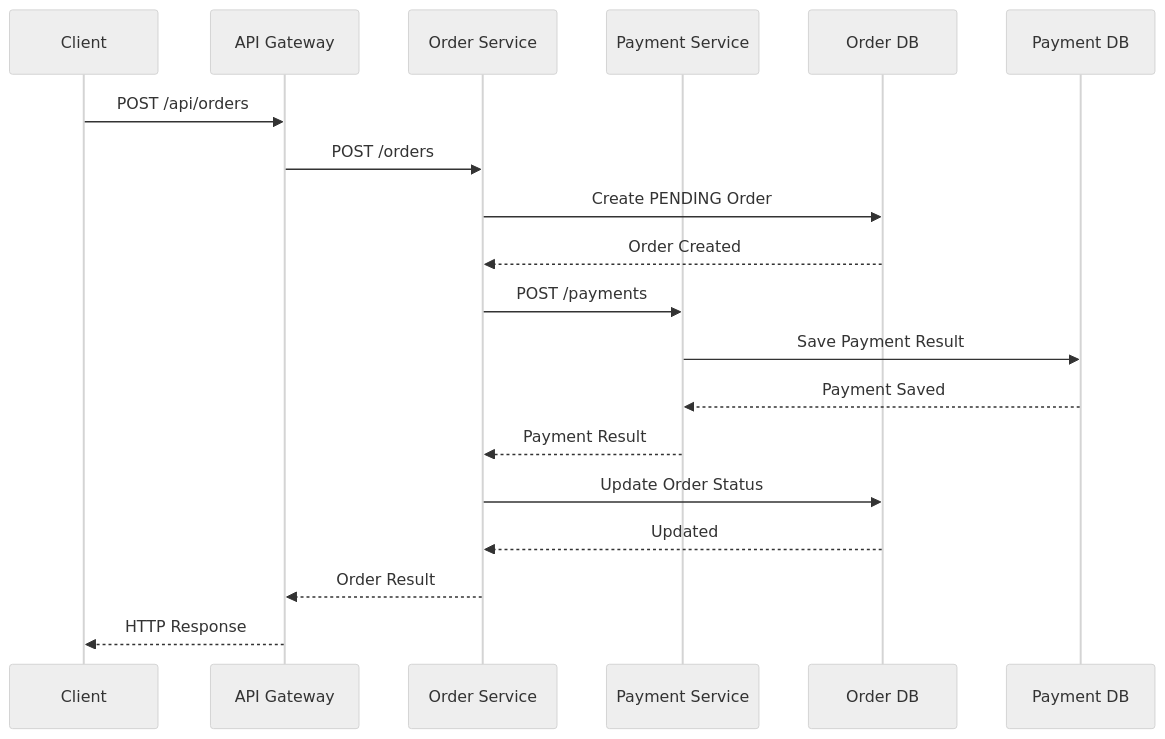
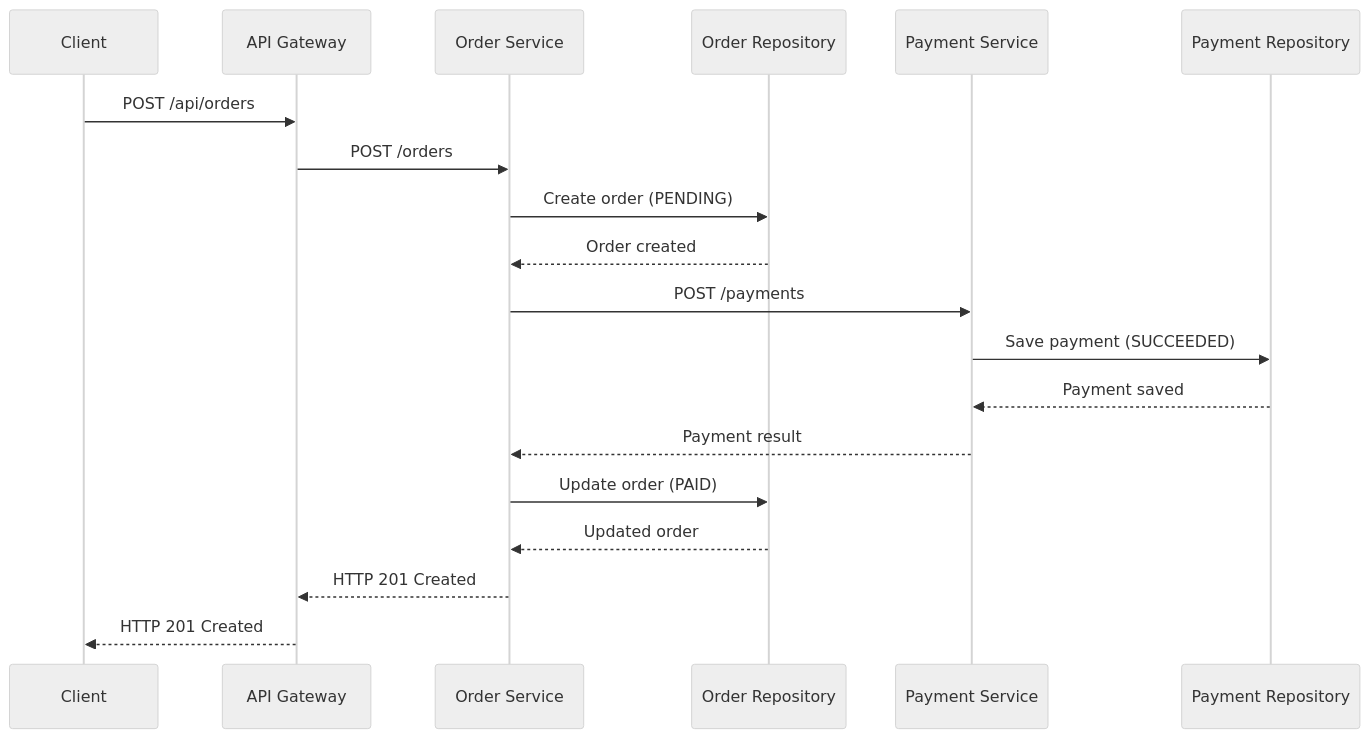
Before and after one commit to aliaagamall/pulsetrace: the first of 3 diagrams in docs/architecture/request-flow.md, drawn with Mermaid (neutral theme). The commit also changed other lines of this file and 4 other files, not shown here.

Commit message:
docs(architecture): update system architecture documentation

````diff
--- a/docs/architecture/request-flow.md
+++ b/docs/architecture/request-flow.md
@@ -11,22 +17,25 @@
 ```mermaid
 sequenceDiagram
     participant C as Client
     participant G as API Gateway
     participant O as Order Service
+    participant OR as Order Repository
     participant P as Payment Service
-    participant OD as Order DB
-    participant PD as Payment DB
+    participant PR as Payment Repository
 
     C->>G: POST /api/orders
     G->>O: POST /orders
-    O->>OD: Create PENDING Order
-    OD-->>O: Order Created
+    O->>OR: Create order (PENDING)
+    OR-->>O: Order created
+
     O->>P: POST /payments
-    P->>PD: Save Payment Result
-    PD-->>P: Payment Saved
-    P-->>O: Payment Result
-    O->>OD: Update Order Status
-    OD-->>O: Updated
-    O-->>G: Order Result
-    G-->>C: HTTP Response
+    P->>PR: Save payment (SUCCEEDED)
+    PR-->>P: Payment saved
+    P-->>O: Payment result
+
+    O->>OR: Update order (PAID)
+    OR-->>O: Updated order
+
+    O-->>G: HTTP 201 Created
+    G-->>C: HTTP 201 Created
 ```
````
